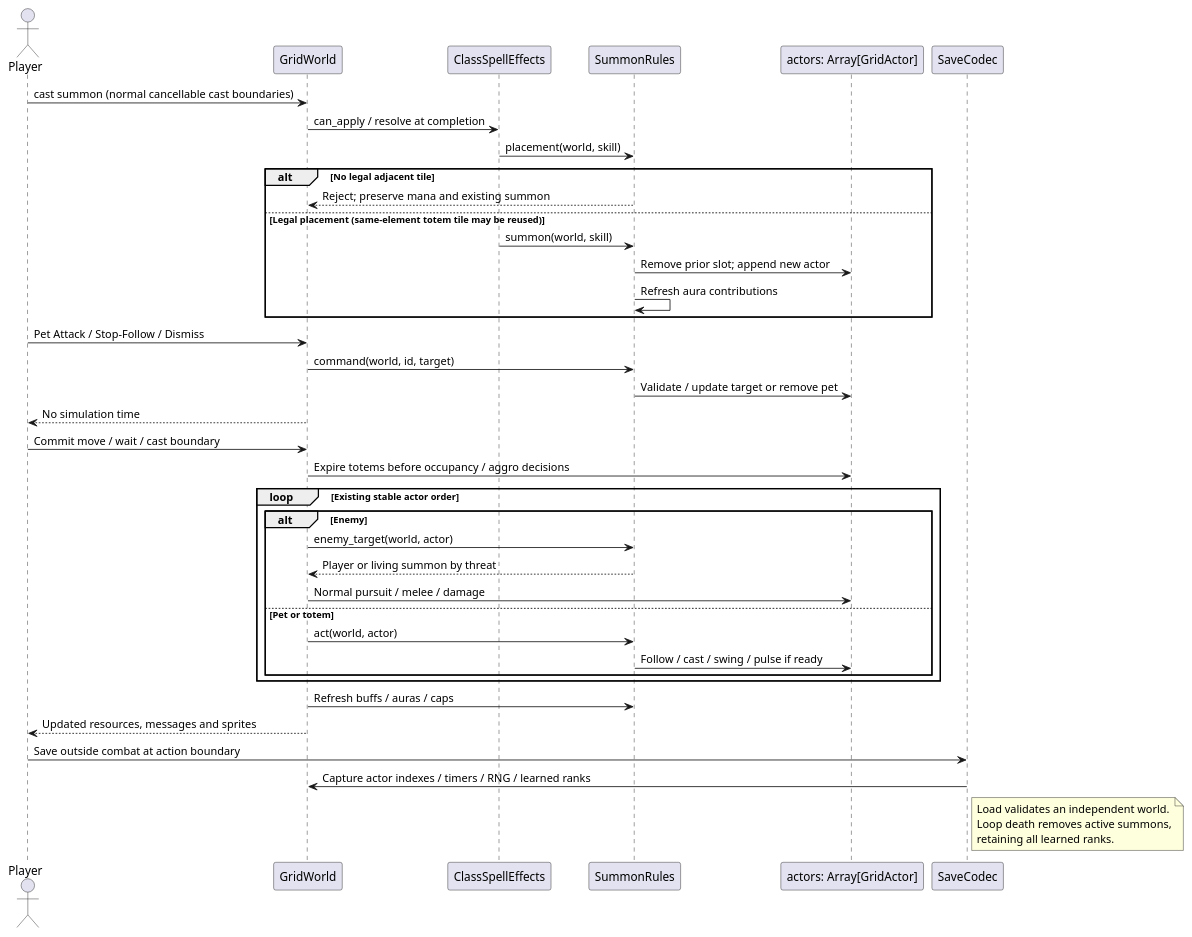
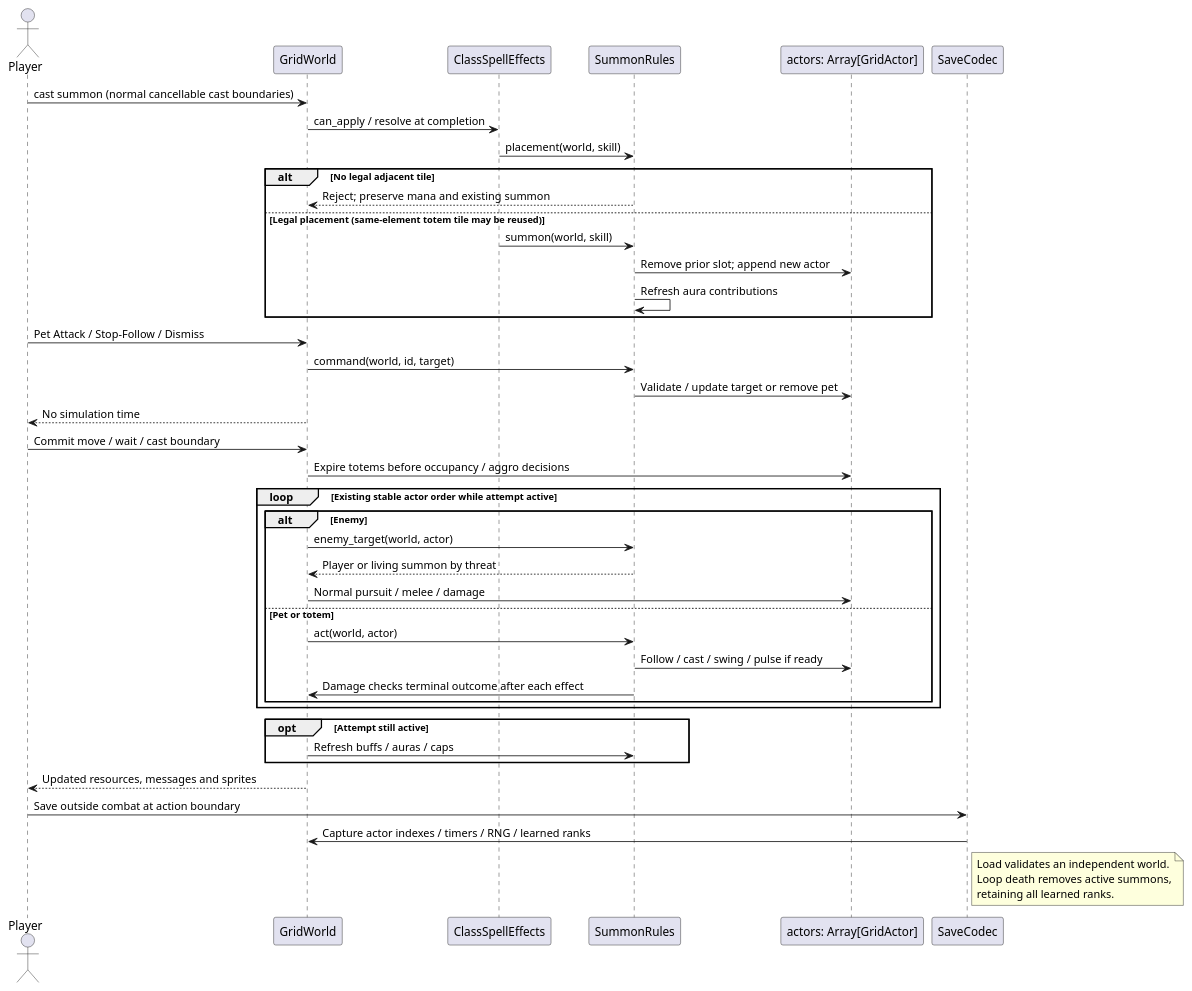
One commit to VHonzik/Ostinato changed the diagram in docs/architecture/sequences/summon_turn.puml. Above: the diagram before and after it, drawn with PlantUML. The commit also changed 25 other files, not shown here.

First line of the commit message:
M8-A: Stalker victory and terminal effect ordering (#18)

```diff
--- a/docs/architecture/sequences/summon_turn.puml
+++ b/docs/architecture/sequences/summon_turn.puml
@@ -1,45 +1,48 @@
 @startuml
 !pragma layout smetana
 skinparam shadowing false
 actor Player
 participant GridWorld as World
 participant ClassSpellEffects as Effects
 participant SummonRules as Summons
 participant "actors: Array[GridActor]" as Actors
 participant SaveCodec as Save
 Player -> World : cast summon (normal cancellable cast boundaries)
 World -> Effects : can_apply / resolve at completion
 Effects -> Summons : placement(world, skill)
 alt No legal adjacent tile
   Summons --> World : Reject; preserve mana and existing summon
 else Legal placement (same-element totem tile may be reused)
   Effects -> Summons : summon(world, skill)
   Summons -> Actors : Remove prior slot; append new actor
   Summons -> Summons : Refresh aura contributions
 end
 Player -> World : Pet Attack / Stop-Follow / Dismiss
 World -> Summons : command(world, id, target)
 Summons -> Actors : Validate / update target or remove pet
 World --> Player : No simulation time
 Player -> World : Commit move / wait / cast boundary
 World -> Actors : Expire totems before occupancy / aggro decisions
-loop Existing stable actor order
+loop Existing stable actor order while attempt active
   alt Enemy
     World -> Summons : enemy_target(world, actor)
     Summons --> World : Player or living summon by threat
     World -> Actors : Normal pursuit / melee / damage
   else Pet or totem
     World -> Summons : act(world, actor)
     Summons -> Actors : Follow / cast / swing / pulse if ready
+    Summons -> World : Damage checks terminal outcome after each effect
   end
 end
-World -> Summons : Refresh buffs / auras / caps
+opt Attempt still active
+  World -> Summons : Refresh buffs / auras / caps
+end
 World --> Player : Updated resources, messages and sprites
 Player -> Save : Save outside combat at action boundary
 Save -> World : Capture actor indexes / timers / RNG / learned ranks
 note right of Save
 Load validates an independent world.
 Loop death removes active summons,
 retaining all learned ranks.
 end note
 @enduml
```
